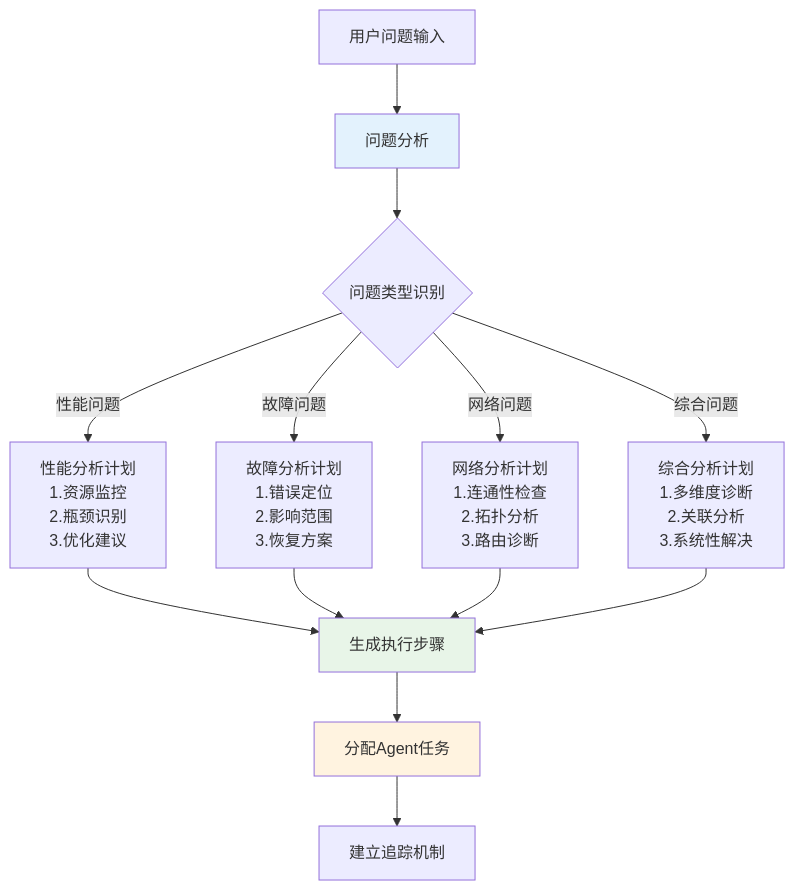
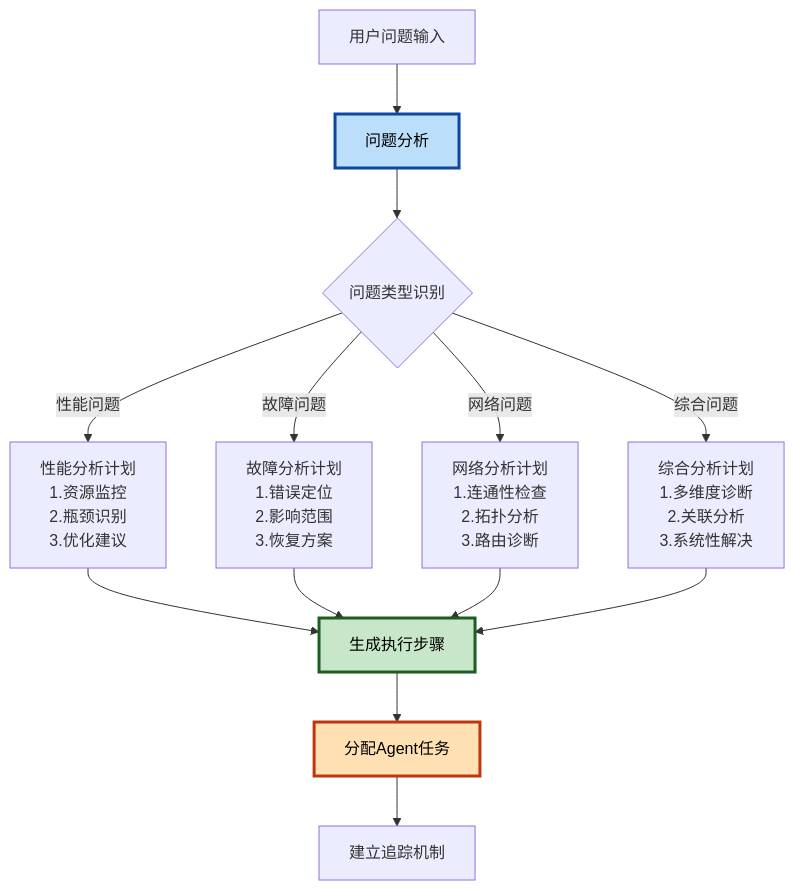
Before and after one commit to pkusnail/AIOpsPolaris: the third of 7 diagrams in docs/MULTI_AGENT_ARCHITECTURE.md, drawn with Mermaid. The commit also changed other lines of this file and 2 other files, not shown here.

First line of the commit message:
fix(docs): improve mermaid diagram color contrast and readability

````diff
--- a/docs/MULTI_AGENT_ARCHITECTURE.md
+++ b/docs/MULTI_AGENT_ARCHITECTURE.md
@@ -136,23 +136,23 @@
 ```mermaid
 flowchart TD
     INPUT[用户问题输入] --> ANALYZE[问题分析]
     
     ANALYZE --> TYPE{问题类型识别}
     
     TYPE -->|性能问题| PERF_PLAN[性能分析计划<br/>1.资源监控<br/>2.瓶颈识别<br/>3.优化建议]
     TYPE -->|故障问题| FAULT_PLAN[故障分析计划<br/>1.错误定位<br/>2.影响范围<br/>3.恢复方案] 
     TYPE -->|网络问题| NET_PLAN[网络分析计划<br/>1.连通性检查<br/>2.拓扑分析<br/>3.路由诊断]
     TYPE -->|综合问题| COMP_PLAN[综合分析计划<br/>1.多维度诊断<br/>2.关联分析<br/>3.系统性解决]
     
     PERF_PLAN --> STEPS[生成执行步骤]
     FAULT_PLAN --> STEPS
     NET_PLAN --> STEPS  
     COMP_PLAN --> STEPS
     
     STEPS --> ASSIGN[分配Agent任务]
     ASSIGN --> TRACK[建立追踪机制]
     
-    style ANALYZE fill:#e3f2fd
-    style STEPS fill:#e8f5e8
-    style ASSIGN fill:#fff3e0
+    style ANALYZE fill:#bbdefb,stroke:#0d47a1,stroke-width:3px,color:#000000
+    style STEPS fill:#c8e6c9,stroke:#1b5e20,stroke-width:3px,color:#000000
+    style ASSIGN fill:#ffe0b2,stroke:#bf360c,stroke-width:3px,color:#000000
 ```
````
